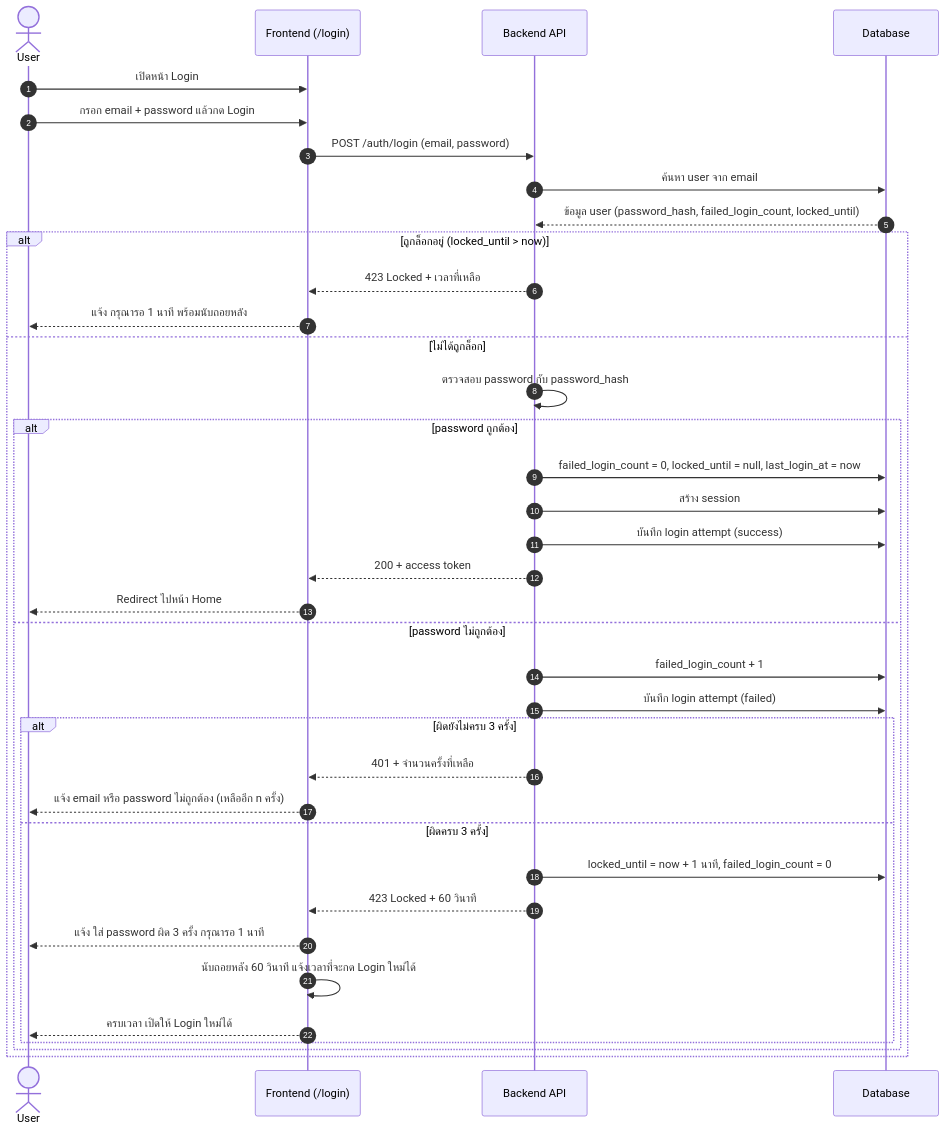
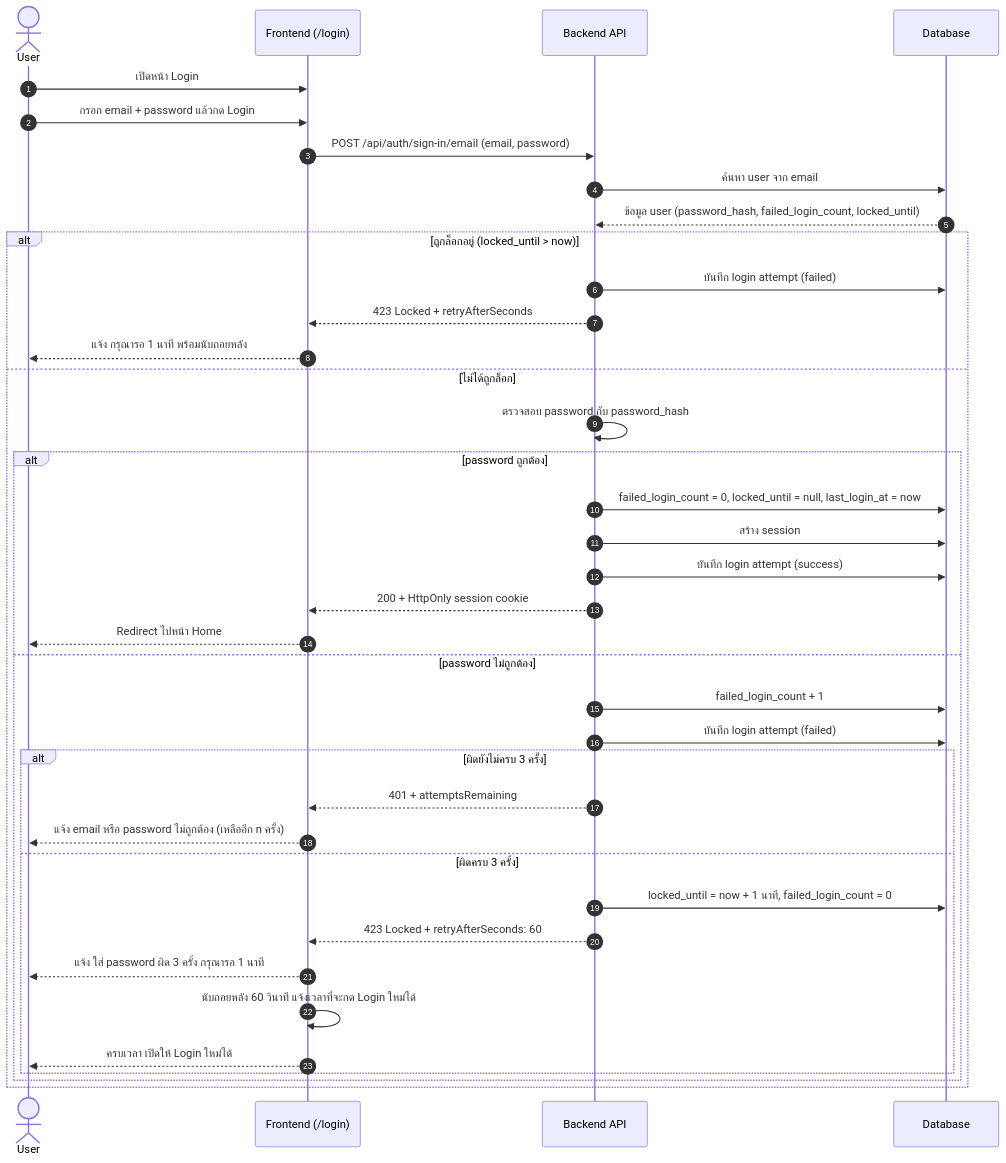
The second of 5 diagrams in document/diagram/login-flow.md (jeweal-pm/f1-system), drawn with Mermaid before and after one commit. The commit also changed other lines of this file and 32 other files, not shown here.

Commit message:
feat: complete auth flow and login UX

````diff
--- a/document/diagram/login-flow.md
+++ b/document/diagram/login-flow.md
@@ -30,43 +30,44 @@
 ```mermaid
 sequenceDiagram
     autonumber
     actor U as User
     participant FE as Frontend (/login)
     participant BE as Backend API
     participant DB as Database
 
     U->>FE: เปิดหน้า Login
     U->>FE: กรอก email + password แล้วกด Login
-    FE->>BE: POST /auth/login (email, password)
+    FE->>BE: POST /api/auth/sign-in/email (email, password)
     BE->>DB: ค้นหา user จาก email
     DB-->>BE: ข้อมูล user (password_hash, failed_login_count, locked_until)
 
     alt ถูกล็อกอยู่ (locked_until > now)
-        BE-->>FE: 423 Locked + เวลาที่เหลือ
+        BE->>DB: บันทึก login attempt (failed)
+        BE-->>FE: 423 Locked + retryAfterSeconds
         FE-->>U: แจ้ง กรุณารอ 1 นาที พร้อมนับถอยหลัง
     else ไม่ได้ถูกล็อก
         BE->>BE: ตรวจสอบ password กับ password_hash
 
         alt password ถูกต้อง
             BE->>DB: failed_login_count = 0, locked_until = null, last_login_at = now
             BE->>DB: สร้าง session
             BE->>DB: บันทึก login attempt (success)
-            BE-->>FE: 200 + access token
+            BE-->>FE: 200 + HttpOnly session cookie
             FE-->>U: Redirect ไปหน้า Home
         else password ไม่ถูกต้อง
             BE->>DB: failed_login_count + 1
             BE->>DB: บันทึก login attempt (failed)
 
             alt ผิดยังไม่ครบ 3 ครั้ง
-                BE-->>FE: 401 + จำนวนครั้งที่เหลือ
+                BE-->>FE: 401 + attemptsRemaining
                 FE-->>U: แจ้ง email หรือ password ไม่ถูกต้อง (เหลืออีก n ครั้ง)
             else ผิดครบ 3 ครั้ง
                 BE->>DB: locked_until = now + 1 นาที, failed_login_count = 0
-                BE-->>FE: 423 Locked + 60 วินาที
+                BE-->>FE: 423 Locked + retryAfterSeconds: 60
                 FE-->>U: แจ้ง ใส่ password ผิด 3 ครั้ง กรุณารอ 1 นาที
                 FE->>FE: นับถอยหลัง 60 วินาที แจ้งเวลาที่จะกด Login ใหม่ได้
                 FE-->>U: ครบเวลา เปิดให้ Login ใหม่ได้
             end
         end
     end
 ```
````
